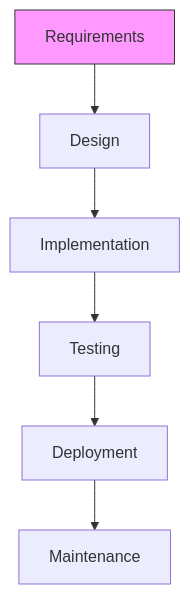
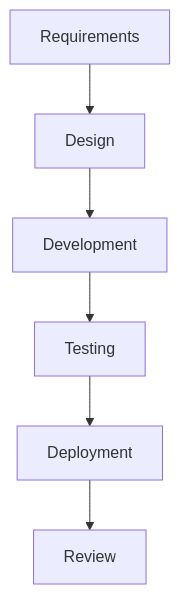
One commit to almos0002/playerjs changed the second of 4 diagrams in proposal_defence.md. Above: the diagram before and after it, drawn with Mermaid. The commit also changed other lines of this file, not shown here.

````diff
--- a/proposal_defence.md
+++ b/proposal_defence.md
@@ -130,9 +105,8 @@
 ```mermaid
 flowchart TD
-    A[Requirements] --> B[Design]
-    B --> C[Implementation]
-    C --> D[Testing]
-    D --> E[Deployment]
-    E --> F[Maintenance]
-    style A fill:#f9f,stroke:#333,stroke-width:1px
+  A[Requirements] --> B[Design]
+  B --> C[Development]
+  C --> D[Testing]
+  D --> E[Deployment]
+  E --> F[Review]
 ```
````
